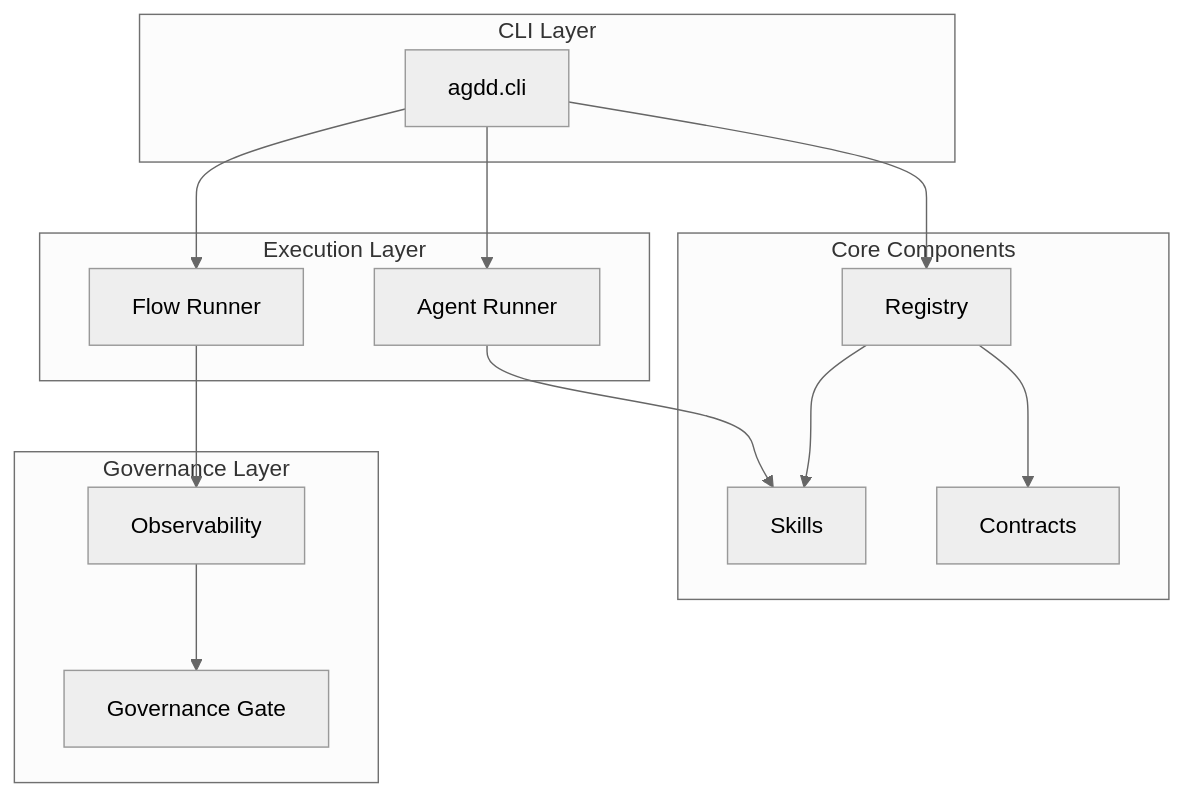
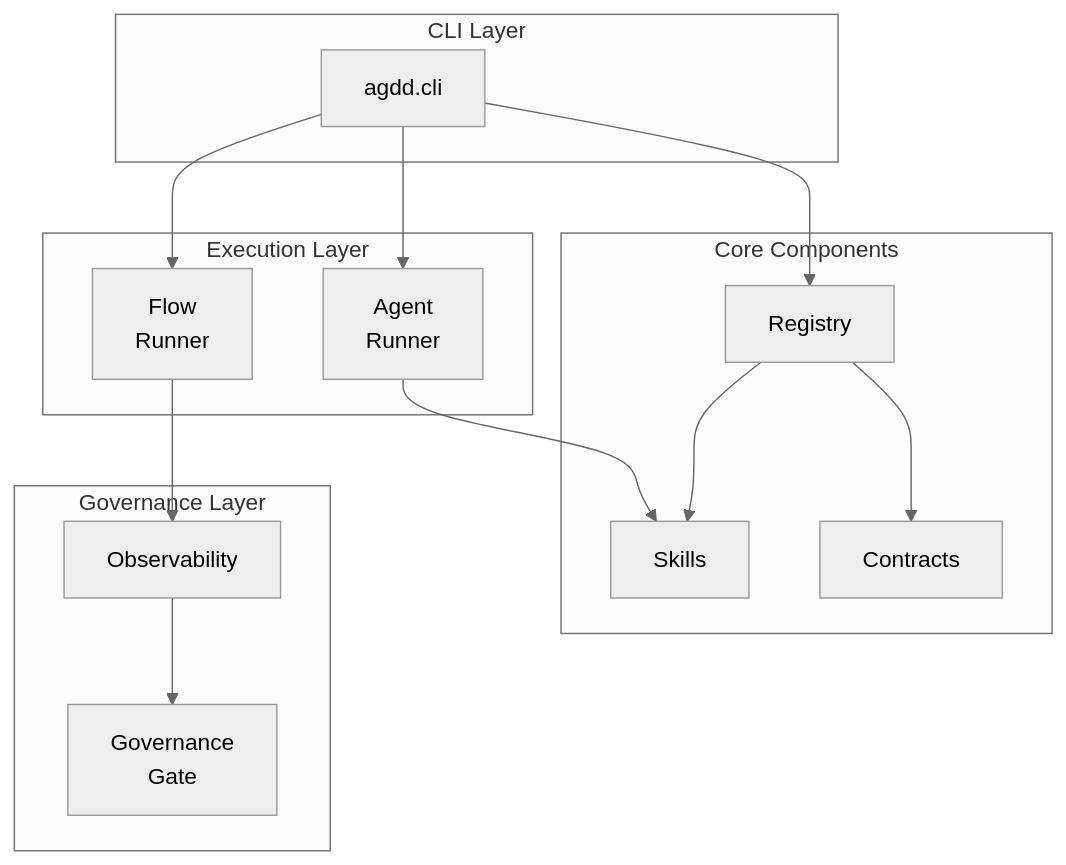
One commit to artificial-intelligence-first/agdd changed the diagram in README.md. Above: the diagram before and after it, drawn with Mermaid (neutral theme).

Commit message:
fix: adjust architecture diagram to prevent text truncation
- Use shorter node IDs (A-H) to avoid text overlap
- Add line breaks in multi-word labels (Agent Runner, Flow Runner, etc.)
- Simplify subgraph labels to prevent truncation

````diff
--- a/README.md
+++ b/README.md
@@ -54,31 +54,31 @@
 ```mermaid
 graph TB
-    subgraph "CLI Layer"
-        CLI[agdd.cli]
+    subgraph CLI["CLI Layer"]
+        A[agdd.cli]
     end
     
-    subgraph "Core Components"
-        Registry[Registry]
-        Skills[Skills]
-        Contracts[Contracts]
+    subgraph Core["Core Components"]
+        B[Registry]
+        C[Skills]
+        D[Contracts]
     end
     
-    subgraph "Execution Layer"
-        AgentRunner[Agent Runner]
-        FlowRunner[Flow Runner]
+    subgraph Exec["Execution Layer"]
+        E[Agent<br/>Runner]
+        F[Flow<br/>Runner]
     end
     
-    subgraph "Governance Layer"
-        Gate[Governance Gate]
-        Observability[Observability]
+    subgraph Gov["Governance Layer"]
+        G[Governance<br/>Gate]
+        H[Observability]
     end
     
-    CLI --> Registry
-    CLI --> AgentRunner
-    CLI --> FlowRunner
-    Registry --> Skills
-    Registry --> Contracts
-    AgentRunner --> Skills
-    FlowRunner --> Observability
-    Observability --> Gate
+    A --> B
+    A --> E
+    A --> F
+    B --> C
+    B --> D
+    E --> C
+    F --> H
+    H --> G
 ```
````
